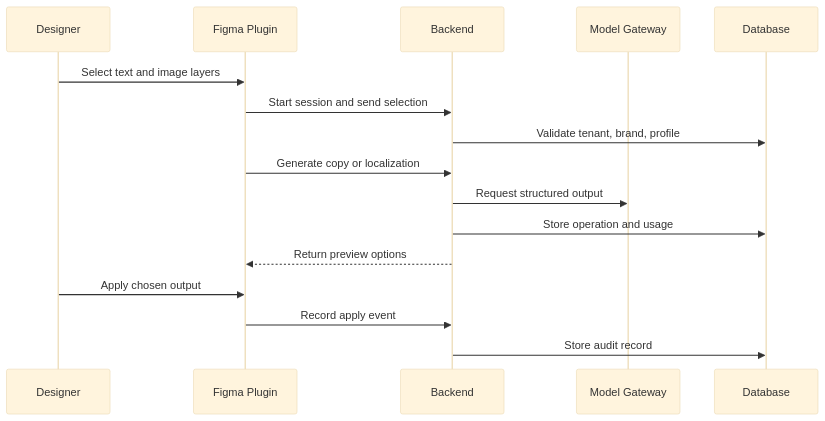
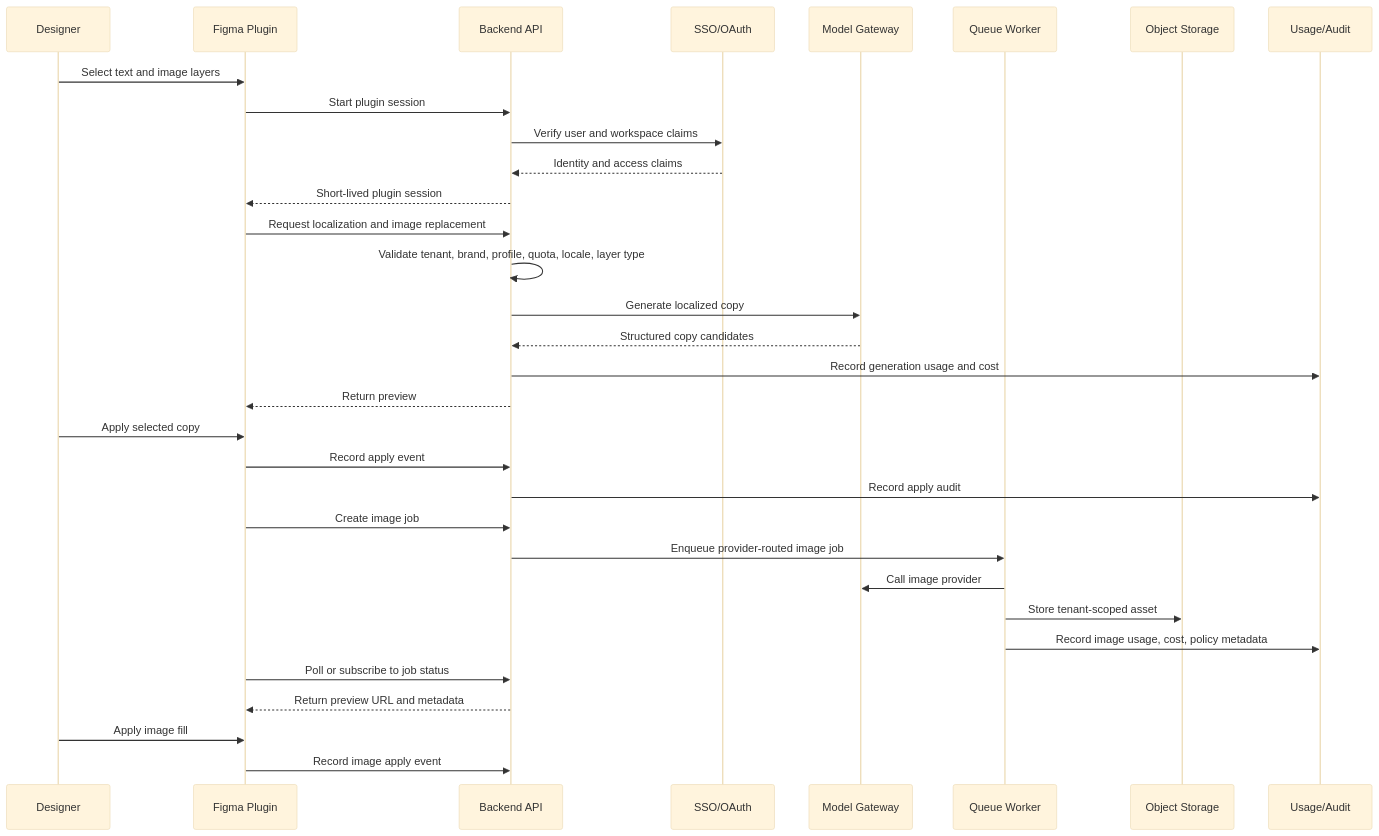
The second of 4 diagrams in docs/diagrams.md (KallasLima/creative-ai-workflow-lab), drawn with Mermaid (base theme) before and after one commit. The commit also changed other lines of this file and 5 other files, not shown here.

````diff
--- a/docs/diagrams.md
+++ b/docs/diagrams.md
@@ -17,19 +27,35 @@
 ```mermaid
 sequenceDiagram
   participant D as Designer
   participant P as Figma Plugin
-  participant B as Backend
-  participant M as Model Gateway
-  participant DB as Database
+  participant B as Backend API
+  participant A as SSO/OAuth
+  participant G as Model Gateway
+  participant Q as Queue Worker
+  participant S as Object Storage
+  participant U as Usage/Audit
 
   D->>P: Select text and image layers
-  P->>B: Start session and send selection
-  B->>DB: Validate tenant, brand, profile
-  P->>B: Generate copy or localization
-  B->>M: Request structured output
-  B->>DB: Store operation and usage
-  B-->>P: Return preview options
-  D->>P: Apply chosen output
+  P->>B: Start plugin session
+  B->>A: Verify user and workspace claims
+  A-->>B: Identity and access claims
+  B-->>P: Short-lived plugin session
+  P->>B: Request localization and image replacement
+  B->>B: Validate tenant, brand, profile, quota, locale, layer type
+  B->>G: Generate localized copy
+  G-->>B: Structured copy candidates
+  B->>U: Record generation usage and cost
+  B-->>P: Return preview
+  D->>P: Apply selected copy
   P->>B: Record apply event
-  B->>DB: Store audit record
+  B->>U: Record apply audit
+  P->>B: Create image job
+  B->>Q: Enqueue provider-routed image job
+  Q->>G: Call image provider
+  Q->>S: Store tenant-scoped asset
+  Q->>U: Record image usage, cost, policy metadata
+  P->>B: Poll or subscribe to job status
+  B-->>P: Return preview URL and metadata
+  D->>P: Apply image fill
+  P->>B: Record image apply event
 ```
````
